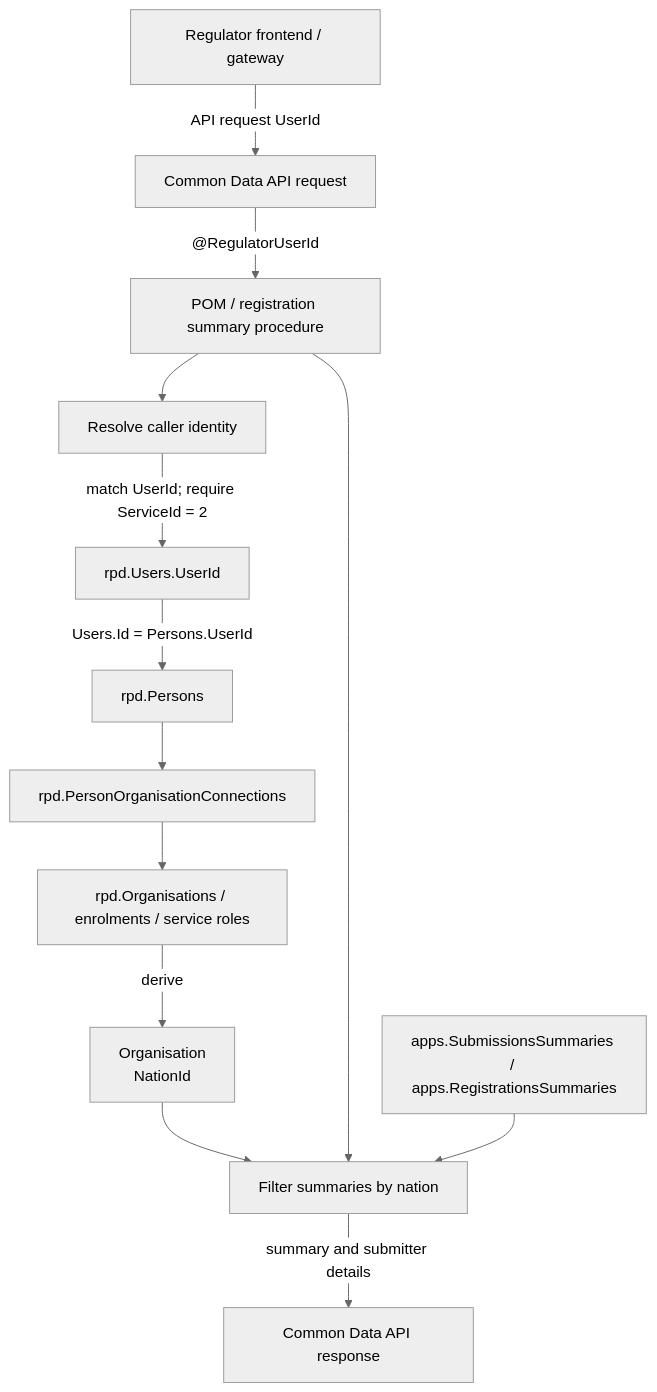
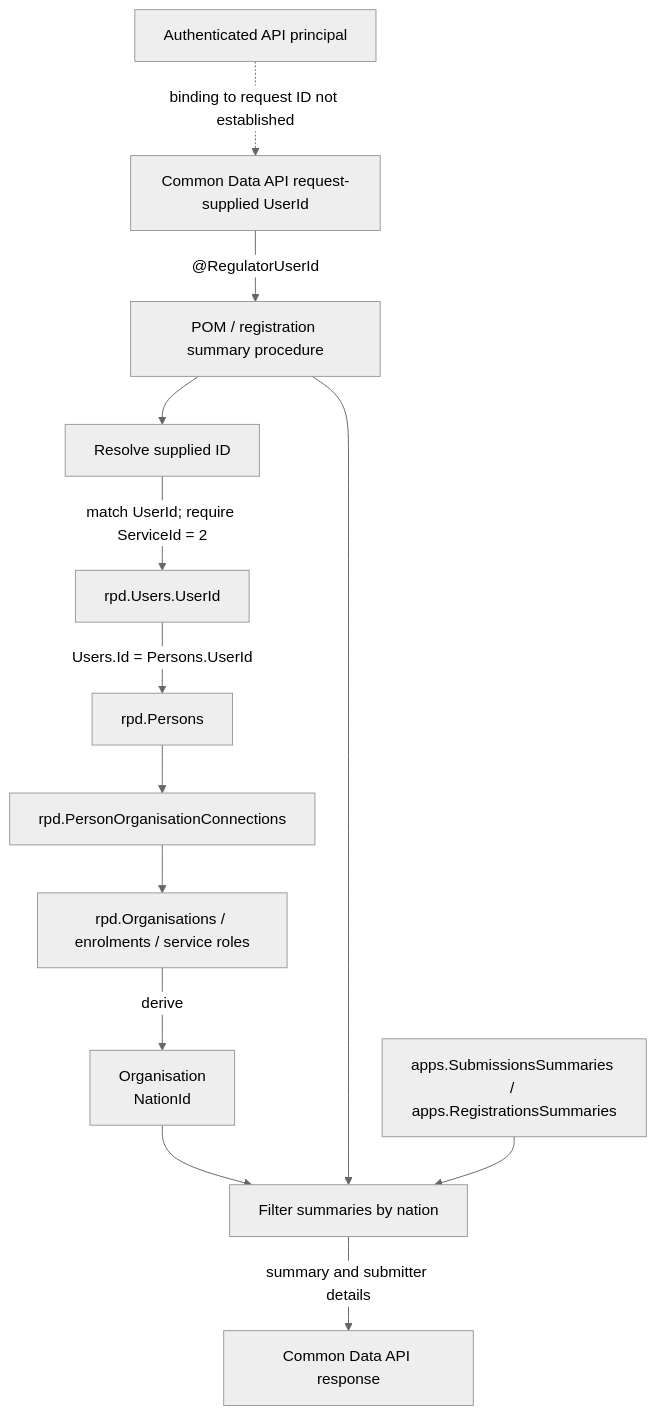
The third of 6 diagrams in docs/identity_provider_EntraID/rpd-users-userid-entra-migration.md (DEFRA/epr-data-sqldb), drawn with Mermaid (neutral theme) before and after one commit. The commit also changed other lines of this file and 2 other files, not shown here.

````diff
--- a/docs/identity_provider_EntraID/rpd-users-userid-entra-migration.md
+++ b/docs/identity_provider_EntraID/rpd-users-userid-entra-migration.md
@@ -52,15 +58,15 @@
 ```mermaid
 flowchart TB
-    RegFE["Regulator frontend / gateway"] -->|"API request UserId"| CommonAPIRequest["Common Data API request"]
+    AuthPrincipal["Authenticated API principal"] -. "binding to request ID not established" .-> CommonAPIRequest["Common Data API request-supplied UserId"]
     CommonAPIRequest -->|"@RegulatorUserId"| PageProc["POM / registration summary procedure"]
-    PageProc --> Resolve["Resolve caller identity"]
+    PageProc --> Resolve["Resolve supplied ID"]
     Resolve -->|"match UserId; require ServiceId = 2"| RpdUser["rpd.Users.UserId"]
     RpdUser -->|"Users.Id = Persons.UserId"| RpdPerson["rpd.Persons"]
     RpdPerson --> RpdConnection["rpd.PersonOrganisationConnections"]
     RpdConnection --> RpdOrg["rpd.Organisations / enrolments / service roles"]
     RpdOrg -->|"derive"| Nation["Organisation\nNationId"]
     Nation --> Filter["Filter summaries by nation"]
     PageProc --> Filter
     SummaryTables["apps.SubmissionsSummaries / apps.RegistrationsSummaries"] --> Filter
     Filter -->|"summary and submitter details"| CommonAPIResponse["Common Data API response"]
 ```
````
